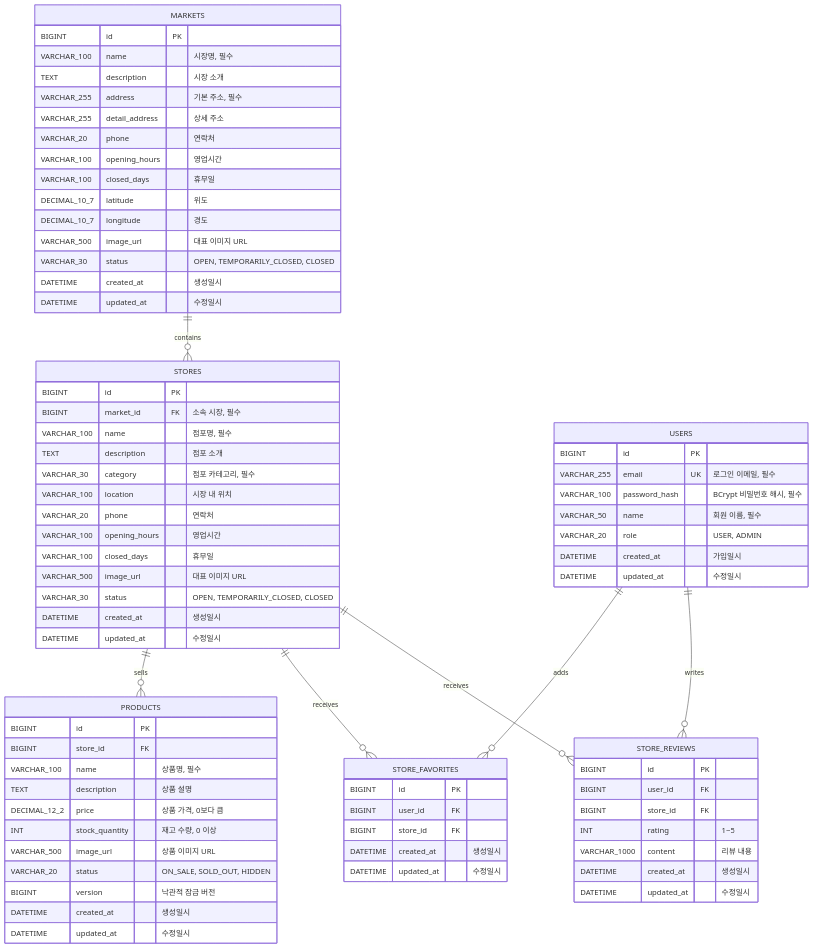
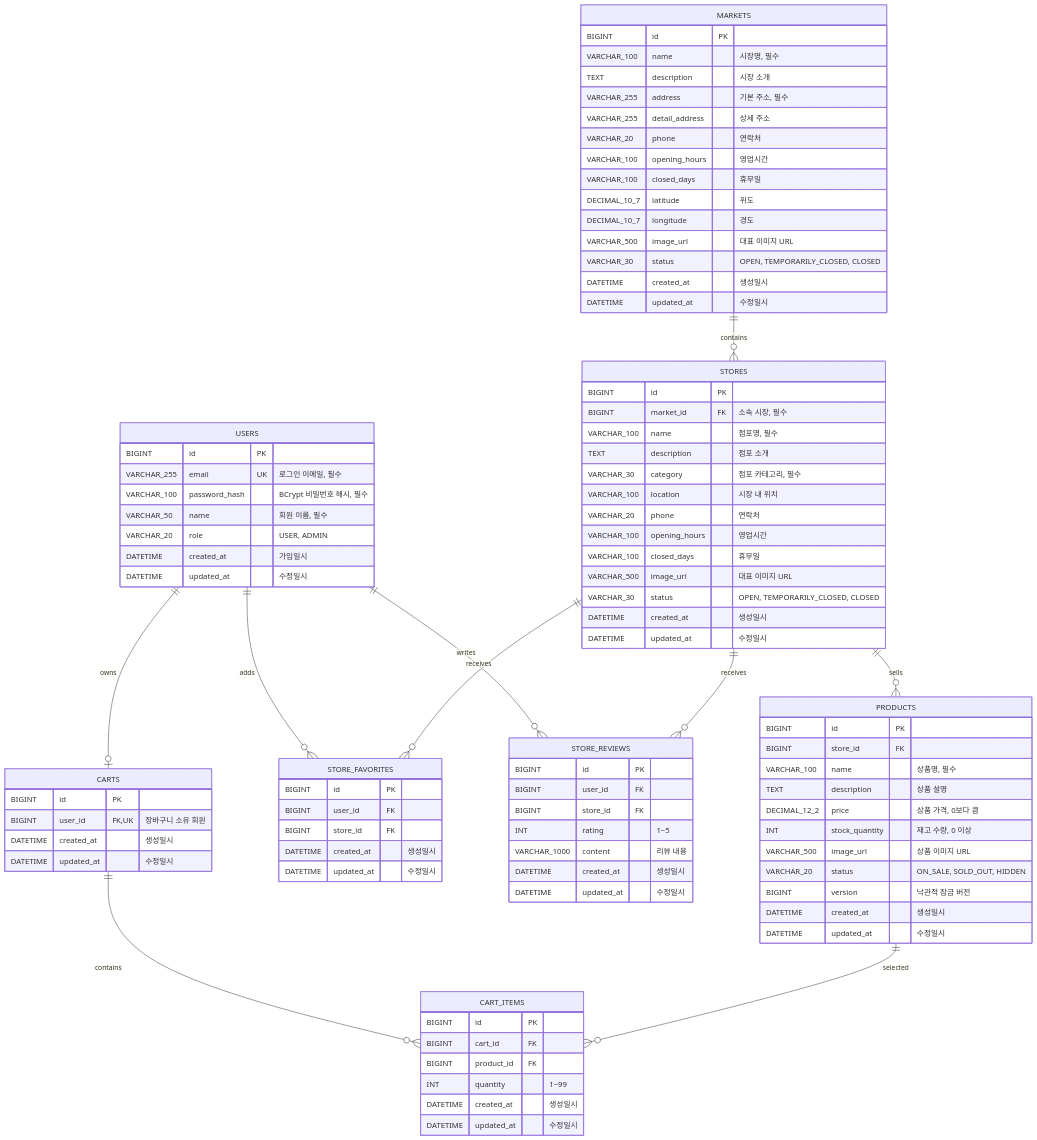
The diagram in docs/erd.md (oddoos7/traditional-market), drawn with Mermaid before and after one commit. The commit also changed other lines of this file and 33 other files, not shown here.

````diff
--- a/docs/erd.md
+++ b/docs/erd.md
@@ -10,6 +10,9 @@
     STORES ||--o{ STORE_FAVORITES : receives
     USERS ||--o{ STORE_REVIEWS : writes
     STORES ||--o{ STORE_REVIEWS : receives
+    USERS ||--o| CARTS : owns
+    CARTS ||--o{ CART_ITEMS : contains
+    PRODUCTS ||--o{ CART_ITEMS : selected
 
     MARKETS {
         BIGINT id PK
@@ -85,4 +88,20 @@
         DATETIME created_at "생성일시"
         DATETIME updated_at "수정일시"
     }
+
+    CARTS {
+        BIGINT id PK
+        BIGINT user_id FK,UK "장바구니 소유 회원"
+        DATETIME created_at "생성일시"
+        DATETIME updated_at "수정일시"
+    }
+
+    CART_ITEMS {
+        BIGINT id PK
+        BIGINT cart_id FK
+        BIGINT product_id FK
+        INT quantity "1~99"
+        DATETIME created_at "생성일시"
+        DATETIME updated_at "수정일시"
+    }
 ```
````
